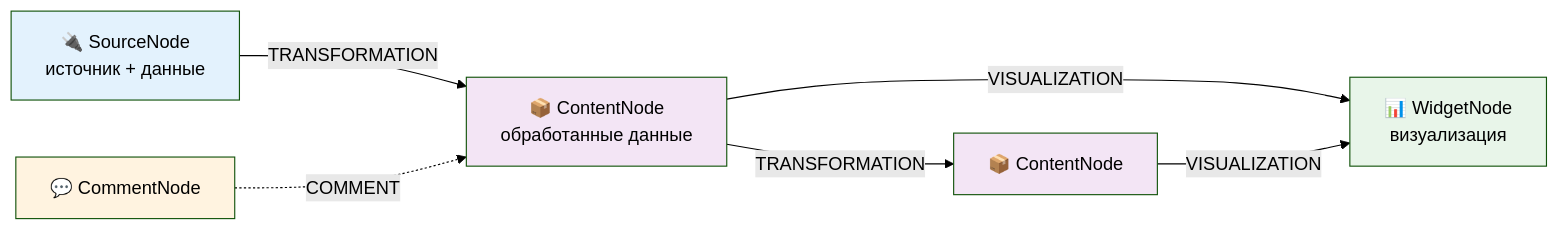
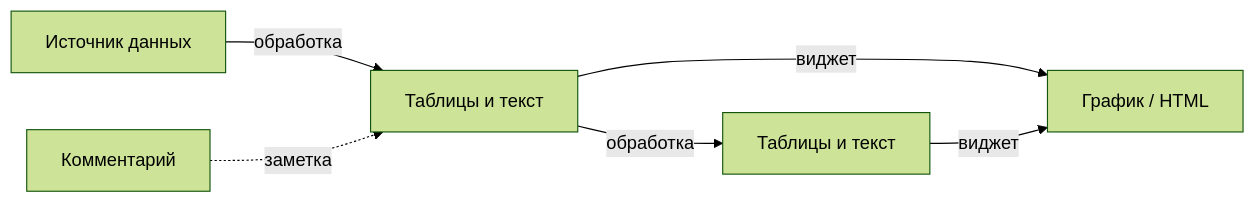
One commit to sgalex/gigaboard changed the diagram in README.md. Above: the diagram before and after it, drawn with Mermaid (forest theme). The commit also changed other lines of this file and 95 other files, not shown here.

````diff
--- a/README.md
+++ b/README.md
@@ -248,14 +59,8 @@
 ```mermaid
 flowchart LR
-    A[🔌 SourceNode<br/>источник + данные] -->|TRANSFORMATION| B[📦 ContentNode<br/>обработанные данные]
-    B -->|TRANSFORMATION| C[📦 ContentNode]
-    B -->|VISUALIZATION| D[📊 WidgetNode<br/>визуализация]
-    C -->|VISUALIZATION| D
-    E[💬 CommentNode] -.->|COMMENT| B
-    
-    style A fill:#e3f2fd
-    style B fill:#f3e5f5
-    style C fill:#f3e5f5
-    style D fill:#e8f5e9
-    style E fill:#fff3e0
+    A[Источник данных] -->|обработка| B[Таблицы и текст]
+    B -->|обработка| C[Таблицы и текст]
+    B -->|виджет| D[График / HTML]
+    C -->|виджет| D
+    E[Комментарий] -.->|заметка| B
 ```
````
